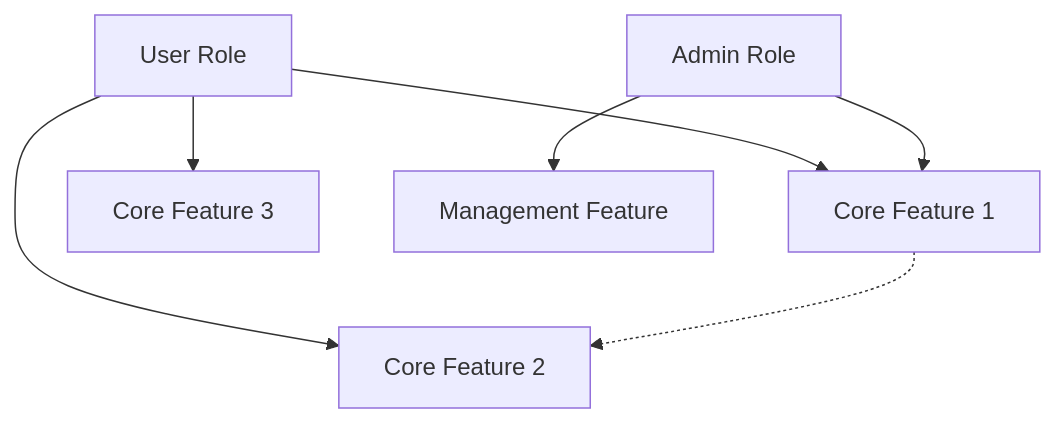
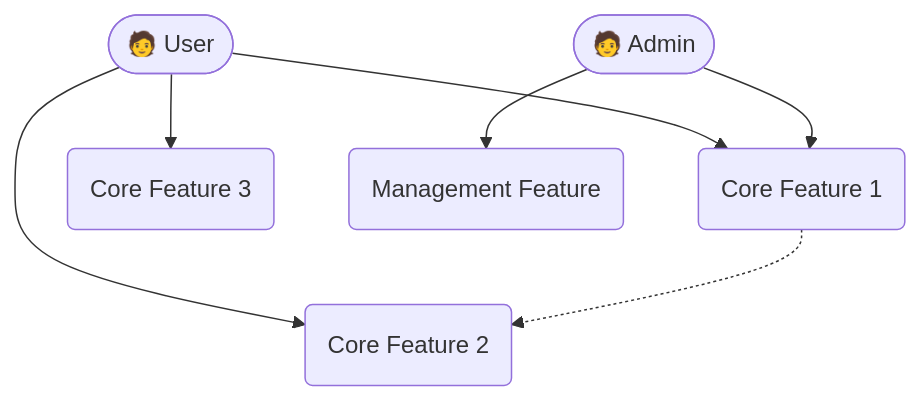
The first of 3 diagrams in .speccrew/skills/speccrew-pm-prd/templates/PRD-TEMPLATE.md (charlesmu99/speccrew), drawn with Mermaid before and after one commit. The commit also changed 90 other files, not shown here.

````diff
--- a/.speccrew/skills/speccrew-pm-prd/templates/PRD-TEMPLATE.md
+++ b/.speccrew/skills/speccrew-pm-prd/templates/PRD-TEMPLATE.md
@@ -30,22 +30,22 @@
 ```mermaid
-graph TB
-    %% Actor definitions
-    U[User Role]
-    A[Admin Role]
+flowchart TB
+    %% Actor definitions (stadium shape represents actors)
+    U([🧑 User])
+    A([🧑 Admin])
     
     %% Use case nodes
-    UC1[Core Feature 1]
-    UC2[Core Feature 2]
-    UC3[Core Feature 3]
-    UC4[Management Feature]
+    UC1(Core Feature 1)
+    UC2(Core Feature 2)
+    UC3(Core Feature 3)
+    UC4(Management Feature)
     
     %% Relationships
     U --> UC1
     U --> UC2
     U --> UC3
     A --> UC4
     A --> UC1
     
     %% Include relationships
     UC1 -.-> UC2
 ```
````
